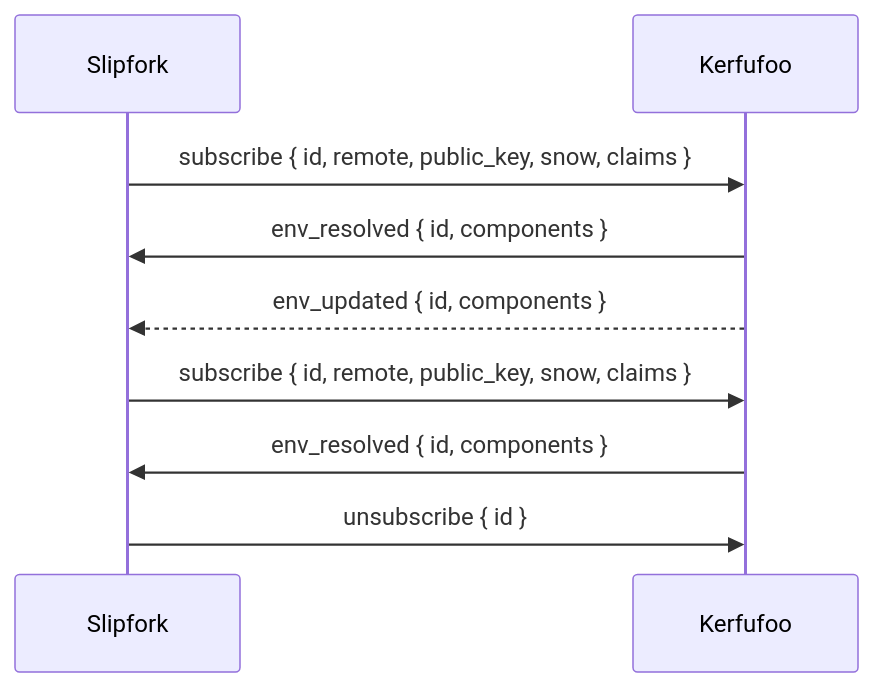
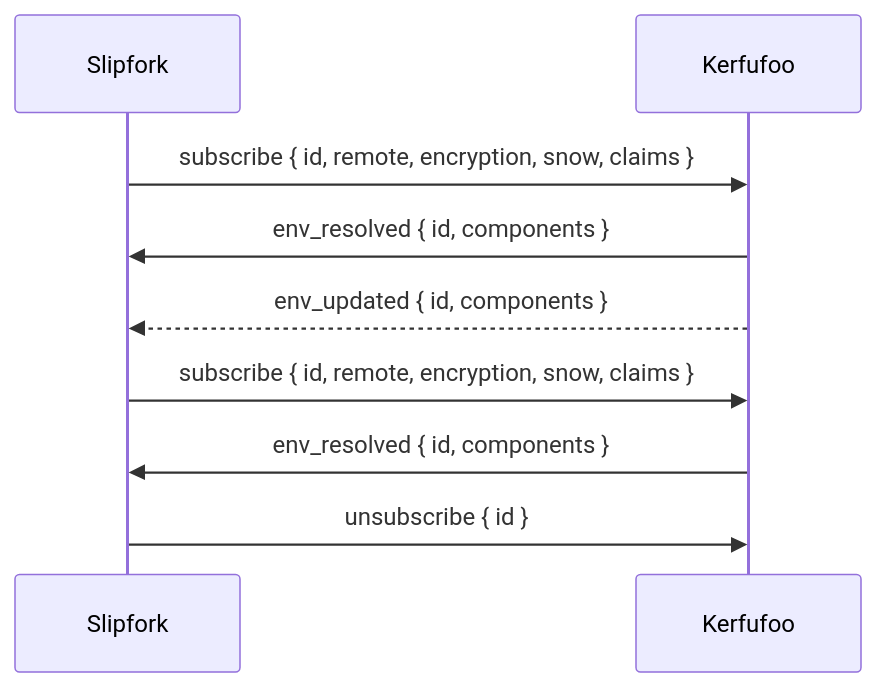
Before and after one commit to OffworldNexus/slipfork: the second of 3 diagrams in docs/design/ospp.md, drawn with Mermaid. The commit also changed other lines of this file and 2 other files, not shown here.

Commit message:
[M3.28.19] OSPP v1 spec: uniform claims, encryption methods, base64 payloads

````diff
--- a/docs/design/ospp.md
+++ b/docs/design/ospp.md
@@ -54,11 +54,11 @@
 ```mermaid
 sequenceDiagram
   participant C as Slipfork
   participant S as Kerfufoo
-  C->>S: subscribe { id, remote, public_key, snow, claims }
+  C->>S: subscribe { id, remote, encryption, snow, claims }
   S->>C: env_resolved { id, components }
   S-->>C: env_updated { id, components }
-  C->>S: subscribe { id, remote, public_key, snow, claims }
+  C->>S: subscribe { id, remote, encryption, snow, claims }
   S->>C: env_resolved { id, components }
   C->>S: unsubscribe { id }
 ```
````
